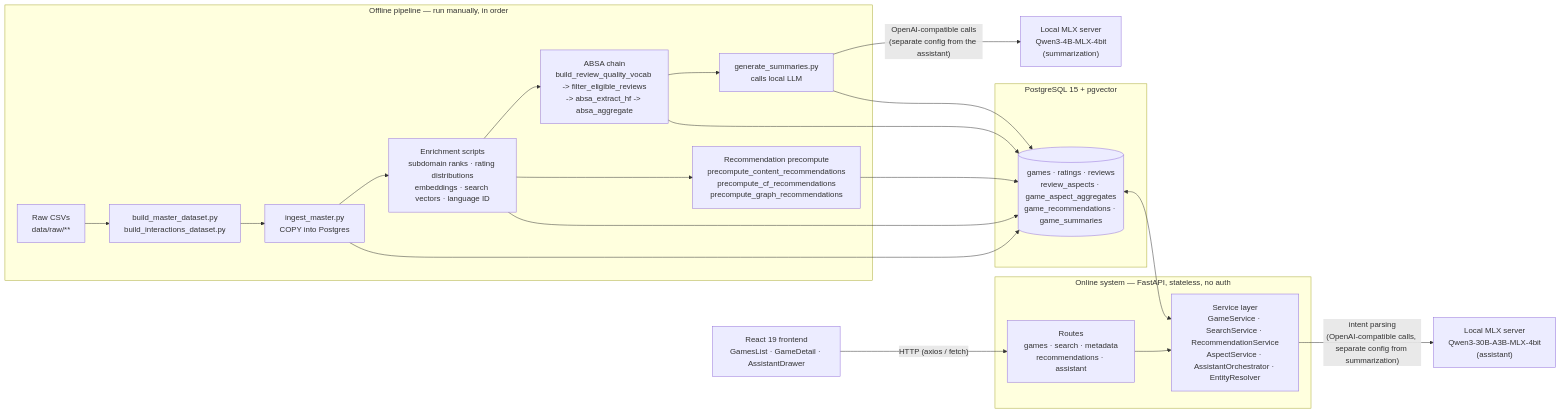
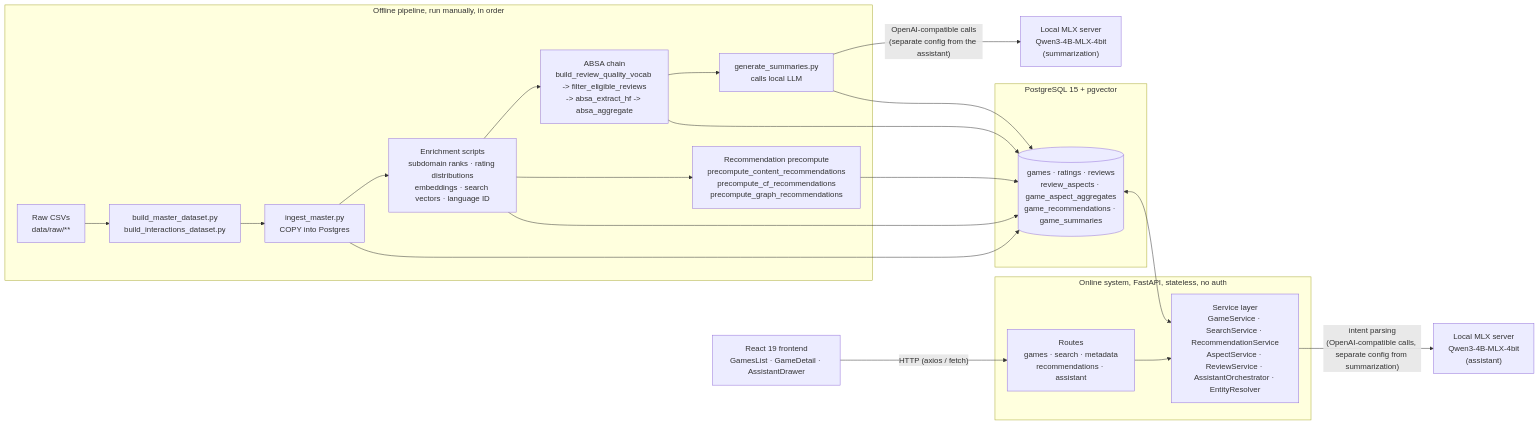
Before and after one commit to sina-negarandeh/ludora: the diagram in docs/architecture/README.md, drawn with Mermaid. The commit also changed other lines of this file and 33 other files, not shown here.

````diff
--- a/docs/architecture/README.md
+++ b/docs/architecture/README.md
@@ -9,34 +9,34 @@
 ```mermaid
 flowchart LR
-    subgraph Offline["Offline pipeline — run manually, in order"]
+    subgraph Offline["Offline pipeline, run manually, in order"]
         RAW["Raw CSVs\ndata/raw/**"] --> MERGE["build_master_dataset.py\nbuild_interactions_dataset.py"]
         MERGE --> INGEST["ingest_master.py\nCOPY into Postgres"]
         INGEST --> ENRICH["Enrichment scripts\nsubdomain ranks · rating distributions\nembeddings · search vectors · language ID"]
         ENRICH --> ABSA["ABSA chain\nbuild_review_quality_vocab -> filter_eligible_reviews\n-> absa_extract_hf -> absa_aggregate"]
         ENRICH --> RECS["Recommendation precompute\nprecompute_content_recommendations\nprecompute_cf_recommendations\nprecompute_graph_recommendations"]
         ABSA --> SUMM["generate_summaries.py\ncalls local LLM"]
     end
 
     SUMM -- "OpenAI-compatible calls\n(separate config from the assistant)" --> MLX2["Local MLX server\nQwen3-4B-MLX-4bit\n(summarization)"]
 
     subgraph DB["PostgreSQL 15 + pgvector"]
         TBLS[("games · ratings · reviews\nreview_aspects · game_aspect_aggregates\ngame_recommendations · game_summaries")]
     end
 
     INGEST --> TBLS
     ENRICH --> TBLS
     ABSA --> TBLS
     RECS --> TBLS
     SUMM --> TBLS
 
-    subgraph Online["Online system — FastAPI, stateless, no auth"]
+    subgraph Online["Online system, FastAPI, stateless, no auth"]
         API["Routes\ngames · search · metadata\nrecommendations · assistant"]
-        SVC["Service layer\nGameService · SearchService · RecommendationService\nAspectService · AssistantOrchestrator · EntityResolver"]
+        SVC["Service layer\nGameService · SearchService · RecommendationService\nAspectService · ReviewService · AssistantOrchestrator · EntityResolver"]
         API --> SVC
     end
 
     TBLS <--> SVC
-    SVC -- "intent parsing\n(OpenAI-compatible calls, separate config from summarization)" --> MLX["Local MLX server\nQwen3-30B-A3B-MLX-4bit\n(assistant)"]
+    SVC -- "intent parsing\n(OpenAI-compatible calls, separate config from summarization)" --> MLX["Local MLX server\nQwen3-4B-MLX-4bit\n(assistant)"]
 
     FE["React 19 frontend\nGamesList · GameDetail · AssistantDrawer"] -- "HTTP (axios / fetch)" --> API
 ```
````
